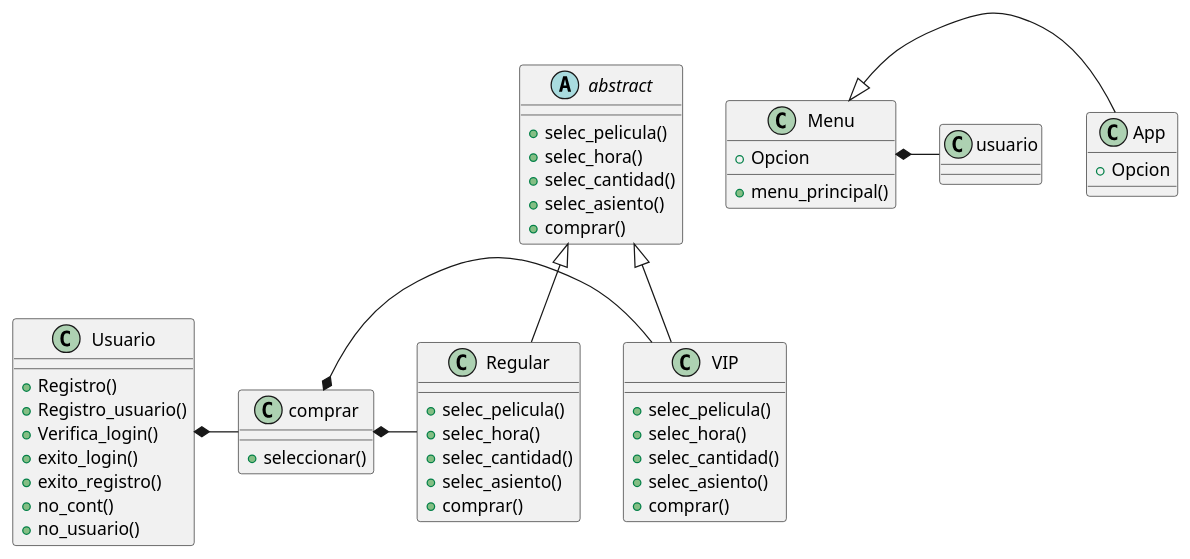
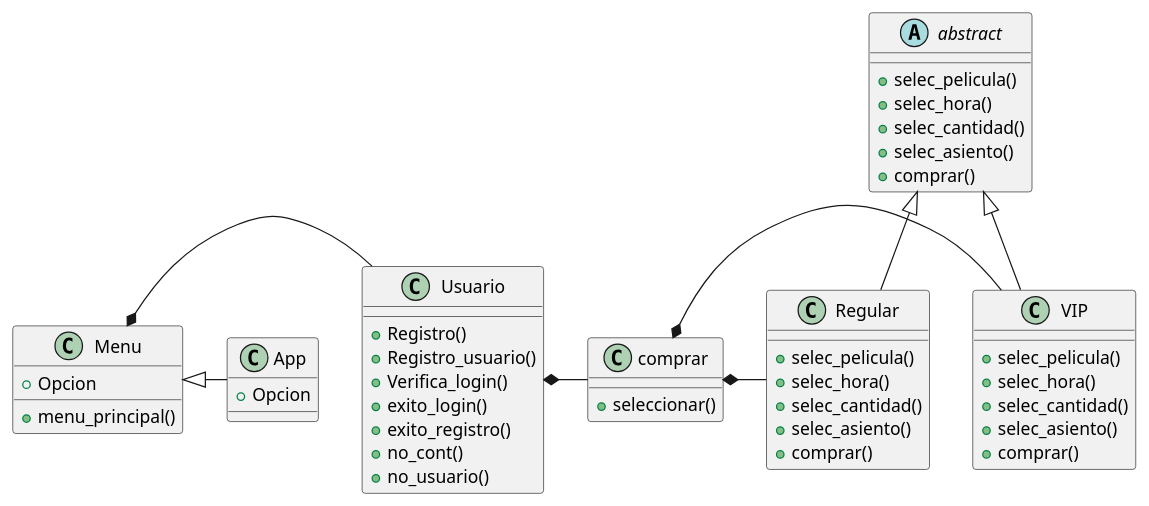
One commit to sergio110304/second_partial changed the diagram in uml.puml. Above: the diagram before and after it, drawn with PlantUML.

```diff
--- a/uml.puml
+++ b/uml.puml
@@ -1,54 +1,54 @@
 @startuml
 abstract abstract {
 +selec_pelicula()
 +selec_hora()
 +selec_cantidad()
 +selec_asiento()
 +comprar()
 }
 
 class VIP {
 +selec_pelicula()
 +selec_hora()
 +selec_cantidad()
 +selec_asiento()
 +comprar()
 }
 
 class Regular {
 +selec_pelicula()
 +selec_hora()
 +selec_cantidad()
 +selec_asiento()
 +comprar()
 }
 
 class comprar {
 +seleccionar()
 }
 class Usuario {
 +Registro()
 +Registro_usuario()
 +Verifica_login()
 +exito_login()
 +exito_registro()
 +no_cont()
 +no_usuario()
 }
 class App {
 +Opcion
 }
 class Menu {
 +Opcion
 +menu_principal()
 }
 abstract <|-- VIP
 abstract <|-- Regular
 comprar *- VIP
 comprar *- Regular
 Usuario *- comprar
 Menu <|- App
-Menu *- usuario
+Menu *- Usuario
 
 
 @enduml
```
